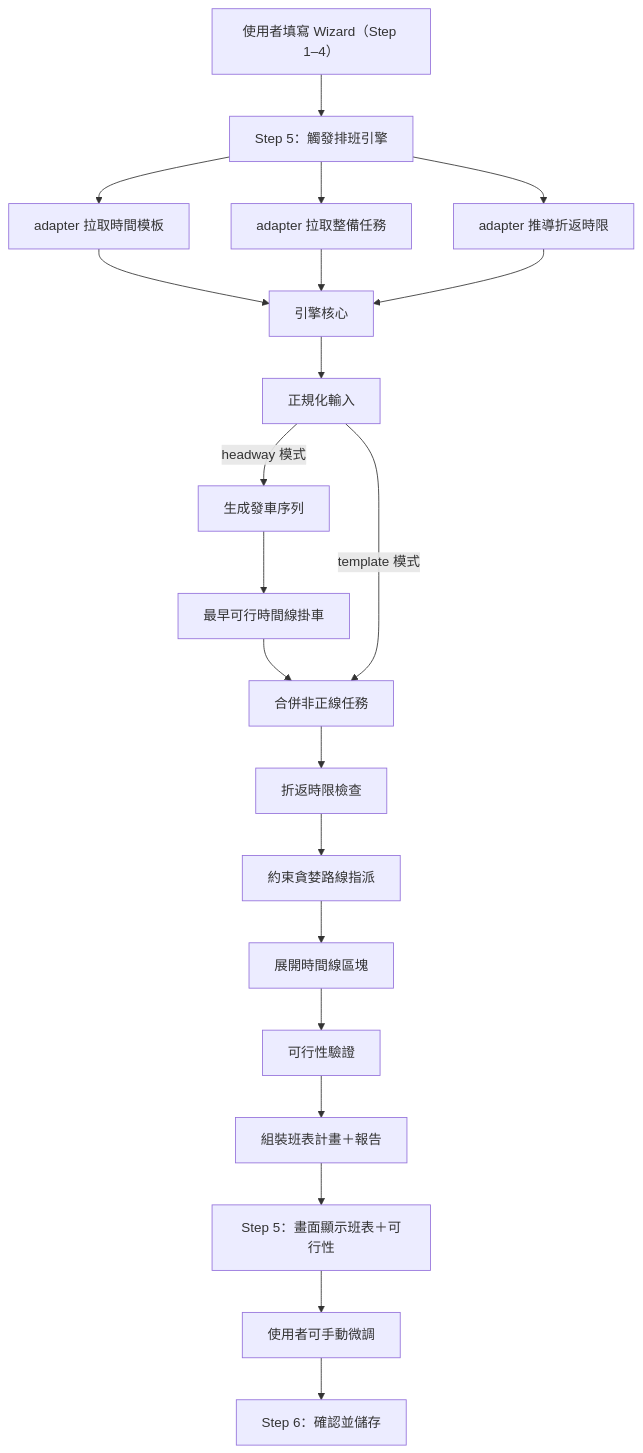
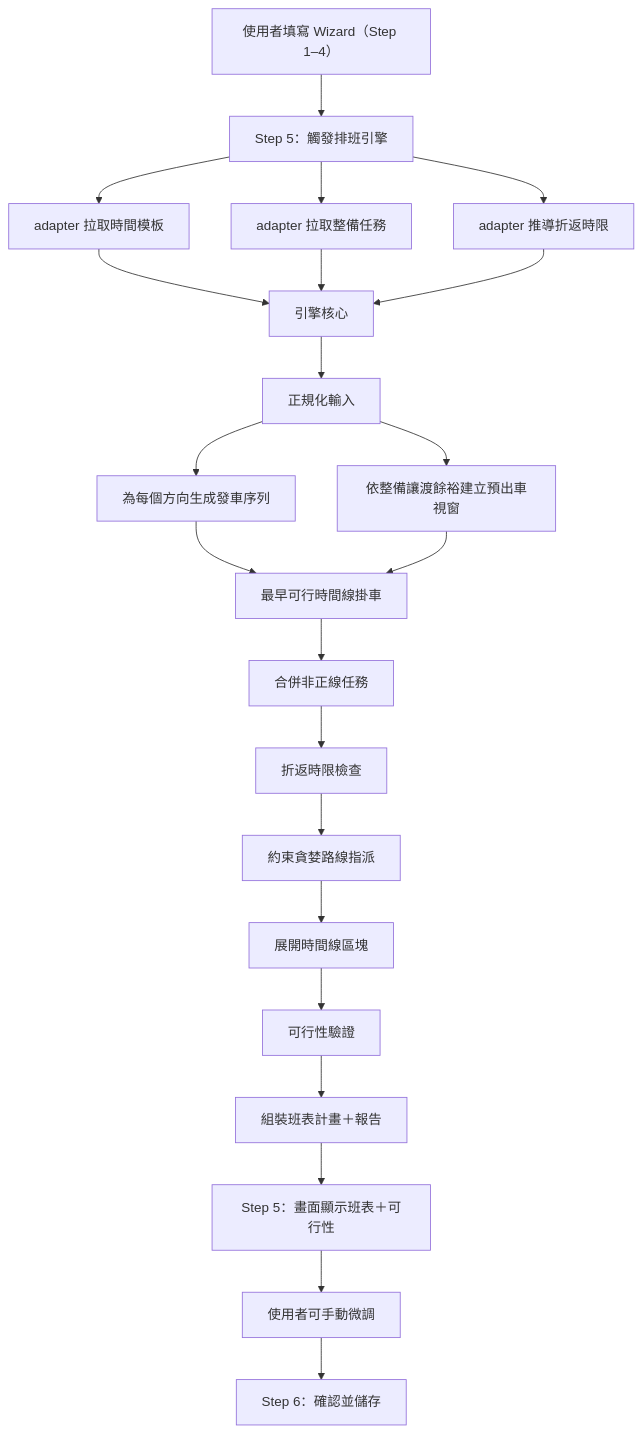
One commit to arlenTuring/syncdrive_t3 changed the first of 2 diagrams in document/排班引擎算法深度解說.md. Above: the diagram before and after it, drawn with Mermaid. The commit also changed other lines of this file and 96 other files, not shown here.

````diff
--- a/document/排班引擎算法深度解說.md
+++ b/document/排班引擎算法深度解說.md
@@ -38,21 +43,22 @@
 ```mermaid
 flowchart TD
     A["使用者填寫 Wizard（Step 1–4）"] --> B["Step 5：觸發排班引擎"]
     B --> C["adapter 拉取時間模板"]
     B --> D["adapter 拉取整備任務"]
     B --> E["adapter 推導折返時限"]
     C & D & E --> F["引擎核心"]
     F --> G["正規化輸入"]
-    G -->|headway 模式| H["生成發車序列"]
+    G --> H["為每個方向生成發車序列"]
     H --> I["最早可行時間線掛車"]
+    G --> S["依整備讓渡餘裕建立預出車視窗"]
+    S --> I
     I --> J["合併非正線任務"]
-    G -->|template 模式| J
     J --> K["折返時限檢查"]
     K --> L["約束貪婪路線指派"]
     L --> M["展開時間線區塊"]
     M --> N["可行性驗證"]
     N --> O["組裝班表計畫＋報告"]
     O --> P["Step 5：畫面顯示班表＋可行性"]
     P --> Q["使用者可手動微調"]
     Q --> R["Step 6：確認並儲存"]
 ```
````
